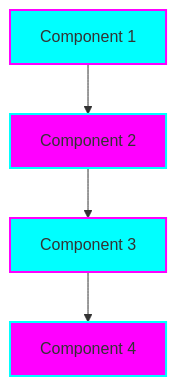
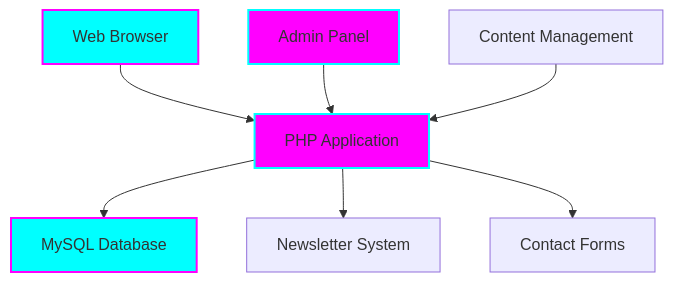
One commit to tiation/ProtectChildrenAustralia changed the diagram in README.md. Above: the diagram before and after it, drawn with Mermaid. The commit also changed other lines of this file, not shown here.

Commit message:
Fix README with proper content and working links

````diff
--- a/README.md
+++ b/README.md
@@ -38,11 +41,14 @@
 ```mermaid
 graph TB
-    A[Component 1] --> B[Component 2]
-    B --> C[Component 3]
-    C --> D[Component 4]
+    A[Web Browser] --> B[PHP Application]
+    B --> C[MySQL Database]
+    D[Admin Panel] --> B
+    E[Content Management] --> B
+    B --> F[Newsletter System]
+    B --> G[Contact Forms]
     
     style A fill:#00ffff,stroke:#ff00ff,stroke-width:2px
     style B fill:#ff00ff,stroke:#00ffff,stroke-width:2px
     style C fill:#00ffff,stroke:#ff00ff,stroke-width:2px
     style D fill:#ff00ff,stroke:#00ffff,stroke-width:2px
 ```
````
